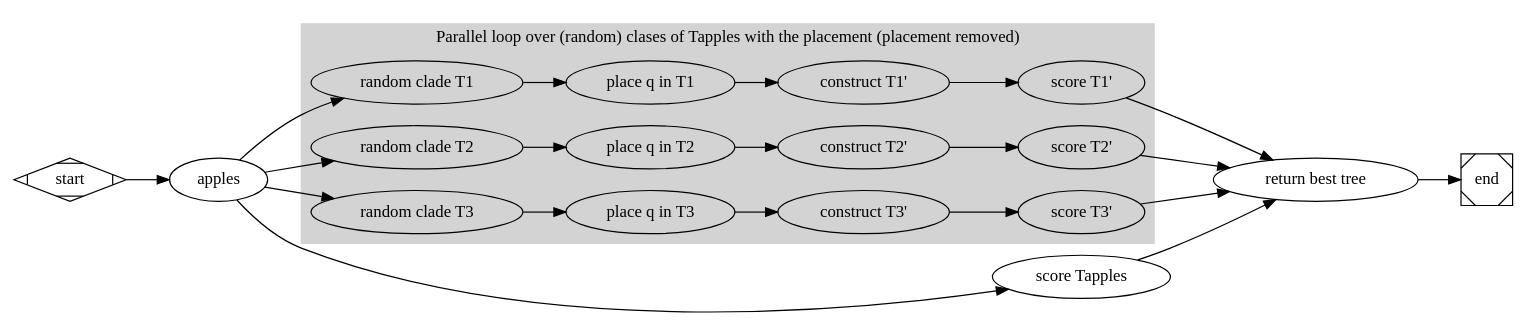
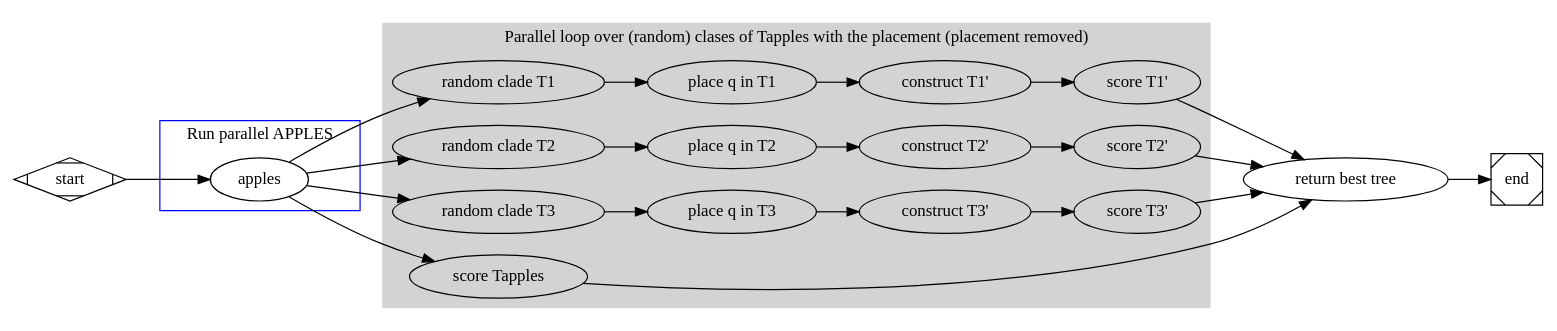
The diagram in writeup/Figs/pipeline2.dot (kodingkoning/pplacerDC), drawn with Graphviz before and after one commit. The commit also changed 4 other files, not shown here.

Commit message:
Alter graphviz graphs slightly

```diff
--- a/writeup/Figs/pipeline2.dot
+++ b/writeup/Figs/pipeline2.dot
@@ -1,44 +1,52 @@
 digraph G {
   rankdir=LR
 
   // predefine nodes
   randomClade1[label="random clade T1"]
   randomClade2[label="random clade T2"]
   randomClade3[label="random clade T3"]
   pplacer1[label="place q in T1"]
   pplacer2[label="place q in T2"]
   pplacer3[label="place q in T3"]
   place1[label="construct T1'"]
   place2[label="construct T2'"]
   place3[label="construct T3'"]
   raxml1[label="score T1'"]
   raxml2[label="score T2'"]
   raxml3[label="score T3'"]
   raxmlapples[label="score Tapples"]
   return[label="return best tree"]
   apples[label="apples"]
 
 	subgraph cluster_0 {
 		style=filled;
 		color=lightgrey;
 		node [style=filled,color=white];
 		randomClade1 -> pplacer1 -> place1 -> raxml1;
 		randomClade2 -> pplacer2 -> place2 -> raxml2;
 		randomClade3 -> pplacer3 -> place3 -> raxml3;
+    raxmlapples
 		label = "Parallel loop over (random) clases of Tapples with the placement (placement removed)";
 	}
+  subgraph cluster_1 {
+		//style=filled;
+		color=blue;
+		node [style=filled,color=white];
+    apples
+		label = "Run parallel APPLES";
+  }
 
 	start -> apples;
   apples -> randomClade1;
   apples -> randomClade2;
   apples -> randomClade3;
   apples -> raxmlapples;
   raxml1 -> return;
   raxml2 -> return;
   raxml3 -> return;
   raxmlapples -> return;
   return -> end;
 
 	start [shape=Mdiamond];
 	end [shape=Msquare];
 }
```
